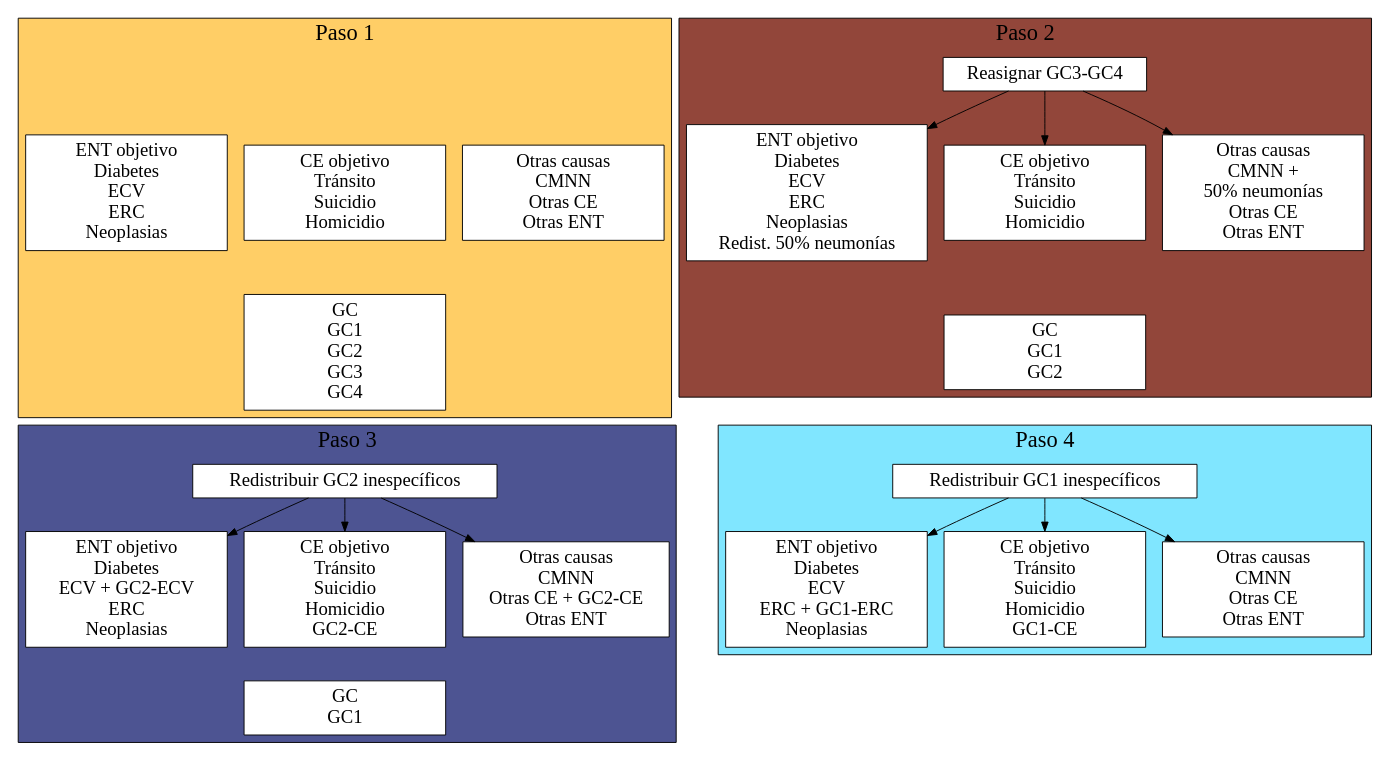
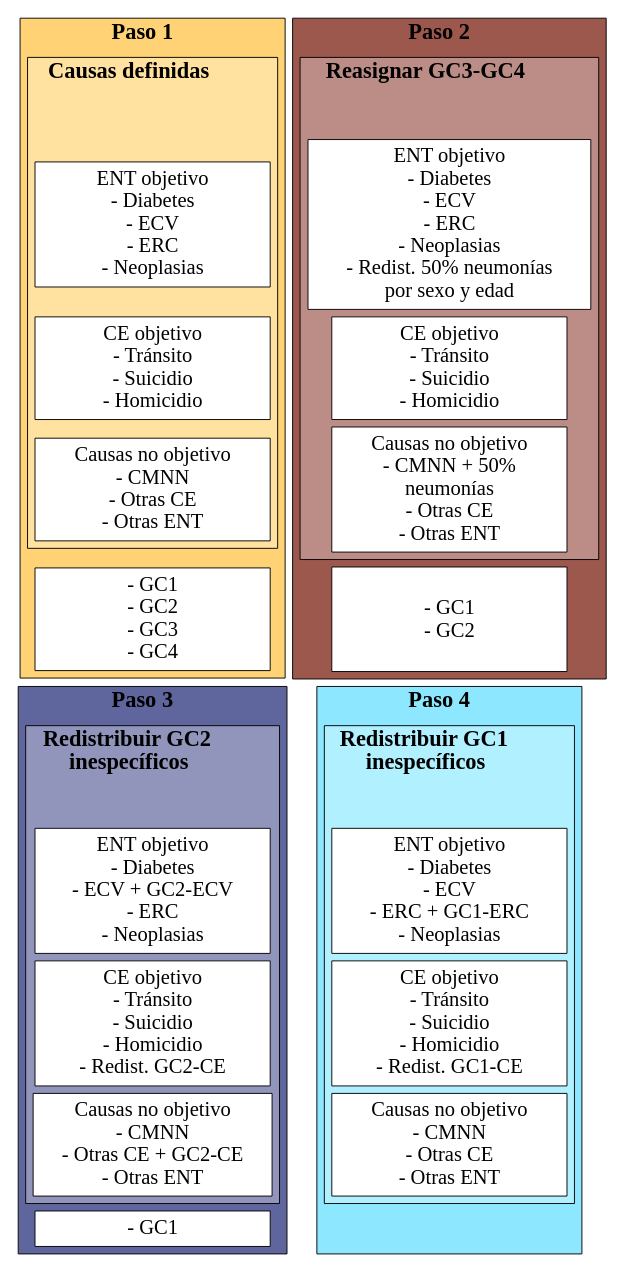
The first of 2 diagrams in fig1.qmd (datos-ine/recod_GC), drawn with Graphviz before and after one commit. The commit also changed 15 other files, not shown here.

````diff
--- a/fig1.qmd
+++ b/fig1.qmd
@@ -7,71 +7,88 @@
 ```{dot}
 digraph G {
-    graph[
-        fontsize=24
-        style = filled
-        center=false
-    ]
+  graph[
+  fontsize=24
+  style = filled
+  ranksep=.1]
 
-    node[
-        shape = rectangle
-        style = filled
-        fillcolor = white
-        fontsize=20
-        width=3
-        margin="0.1,0.1"
-        ]
+  node[
+      shape = rectangle
+      style = filled
+      fillcolor = white
+      fontsize=22
+      width = 3.5
+      margin = ".1, .1"
+      ]
+      
   subgraph cluster_1 {
-    label = "Paso 1";
-    fillcolor = "#FFCE66"
-    ancla1 [style=invis, width=4.5]
-    t1[style = invis]
-    a1[label = "ENT objetivo\n Diabetes\n ECV\n ERC\n Neoplasias"]
-    b1[label = "CE objetivo\n Tránsito\n Suicidio\n Homicidio"]
-    c1[label = "Otras causas\n CMNN\n Otras CE\n Otras ENT"]
-    d1[label = "GC\n GC1\n GC2\n GC3\n GC4"]
-    
+    label = <<b>Paso 1</b>>;
+    fillcolor ="#FFCE66E5"
+  
+    subgraph  cluster_1a{
+    label = <<b>Causas definidas</b>>;
+    fillcolor = "#ffffff50"
+
+    t1[style=invis]
+    a1[label = "ENT objetivo\n - Diabetes\n - ECV\n - ERC\n - Neoplasias"]
+    b1[label = "CE objetivo\n - Tránsito\n - Suicidio\n - Homicidio"]
+    c1[label = "Causas no objetivo\n - CMNN\n - Otras CE\n - Otras ENT"]
+    }
+    d1[label = "- GC1\n - GC2\n - GC3\n - GC4"]
   }
 
   subgraph cluster_2 {
-    label = "Paso 2";
-    fillcolor = "#92463A"
-    
-    t2[label = "Reasignar GC3-GC4"]
-    a2[label = "ENT objetivo\n Diabetes\n ECV\n ERC\n Neoplasias\n Redist. 50% neumonías"]
-    b2[label = "CE objetivo\n Tránsito\n Suicidio\n Homicidio"]
-    c2[label = "Otras causas\n CMNN + \n 50% neumonías\n Otras CE\n Otras ENT"]
-    d2[label = "GC\n GC1\n GC2"]
-    
-    
+    label = <<b>Paso 2</b>>;
+    fillcolor = "#92463AE5"
+
+    subgraph cluster_2a{
+    label = <<b>Reasignar GC3-GC4</b>>;
+    fillcolor = "#ffffff50"
+
+    t2[style=invis]
+    a2[label = "ENT objetivo\n - Diabetes\n - ECV\n - ERC\n - Neoplasias\n - Redist. 50% neumonías \n por sexo y edad"]
+    b2[label = "CE objetivo\n - Tránsito\n - Suicidio\n - Homicidio"]
+    c2[label = "Causas no objetivo\n - CMNN + 50%\n neumonías\n - Otras CE\n - Otras ENT"]
+}
+    d2[label = "\n - GC1\n - GC2 \n "]
   }
   
   subgraph cluster_3 {
-    label = "Paso 3";
-    fillcolor = "#4D5492"
-    
-    t3[label = "Redistribuir GC2 inespecíficos"]
-    a3[label = "ENT objetivo\n Diabetes\n ECV + GC2-ECV\n ERC\n Neoplasias"]
-    b3[label = "CE objetivo\n Tránsito\n Suicidio\n Homicidio\n GC2-CE"]
-    c3[label = "Otras causas\n CMNN\n Otras CE + GC2-CE\n Otras ENT"]
-    d3[label = "GC\n GC1"]
+    label = <<b>Paso 3</b>>;
+    fillcolor = "#4D5492E5"
+
+    subgraph cluster_3a{
+    label = <<b>Redistribuir GC2 <br/> inespecíficos</b>>;
+    fillcolor = "#ffffff50"
+
+    t3[style=invis]
+    a3[label = "ENT objetivo\n - Diabetes\n - ECV + GC2-ECV\n - ERC\n - Neoplasias"]
+    b3[label = "CE objetivo\n - Tránsito\n - Suicidio\n - Homicidio\n - Redist. GC2-CE"]
+    c3[label = "Causas no objetivo\n - CMNN\n - Otras CE + GC2-CE\n - Otras ENT"]
+    }
+    d3[label = "- GC1"]
   }
   
   subgraph cluster_4 {
-    label = "Paso 4";
-    fillcolor = "#80E6FF"
-    t4[label = "Redistribuir GC1 inespecíficos"]
-    a4[label = "ENT objetivo\n Diabetes\n ECV\n ERC + GC1-ERC\n Neoplasias"]
-    b4[label = "CE objetivo\n Tránsito\n Suicidio\n Homicidio\n GC1-CE"]
-    c4[label = "Otras causas\n CMNN\n Otras CE\n Otras ENT"]
+    label = <<b>Paso 4</b>>;
+    fillcolor = "#80E6FFE5"
+    
+    subgraph cluster_4a{
+    label = <<b>Redistribuir GC1 <br/> inespecíficos</b>>;
+    fillcolor = "#ffffff50"
+
+    t4[style=invis]
+    a4[label = "ENT objetivo\n - Diabetes\n - ECV\n - ERC + GC1-ERC\n - Neoplasias"]
+    b4[label = "CE objetivo\n - Tránsito\n - Suicidio\n - Homicidio\n - Redist. GC1-CE"]
+    c4[label = "Causas no objetivo\n - CMNN\n - Otras CE\n - Otras ENT"]
+    }
+    d4[style="invis"]
   }
-
-  t1 -> {a1 b1 c1} -> d1[style = invis]
-  {a2 b2 c2} -> d2[style = invis]
-  t2 -> {a2 b2 c2}
+  
+  t1 -> a1 -> b1 -> c1 -> d1[style = invis]
+  t2 -> a2 -> b2 -> c2 -> d2[style = invis]
+  t3 -> a3 ->b3 -> c3 -> d3[style = invis]
+  t4 -> a4 -> b4 -> c4 -> d4[style = invis]
   d1 -> t3[style = invis]
   d2 -> t4 [style = invis]
- {a3 b3 c3} -> d3[style = invis]
-   t3 -> {a3 b3 c3} 
-    t4 -> {a4 b4 c4}
 }
 ```
````
